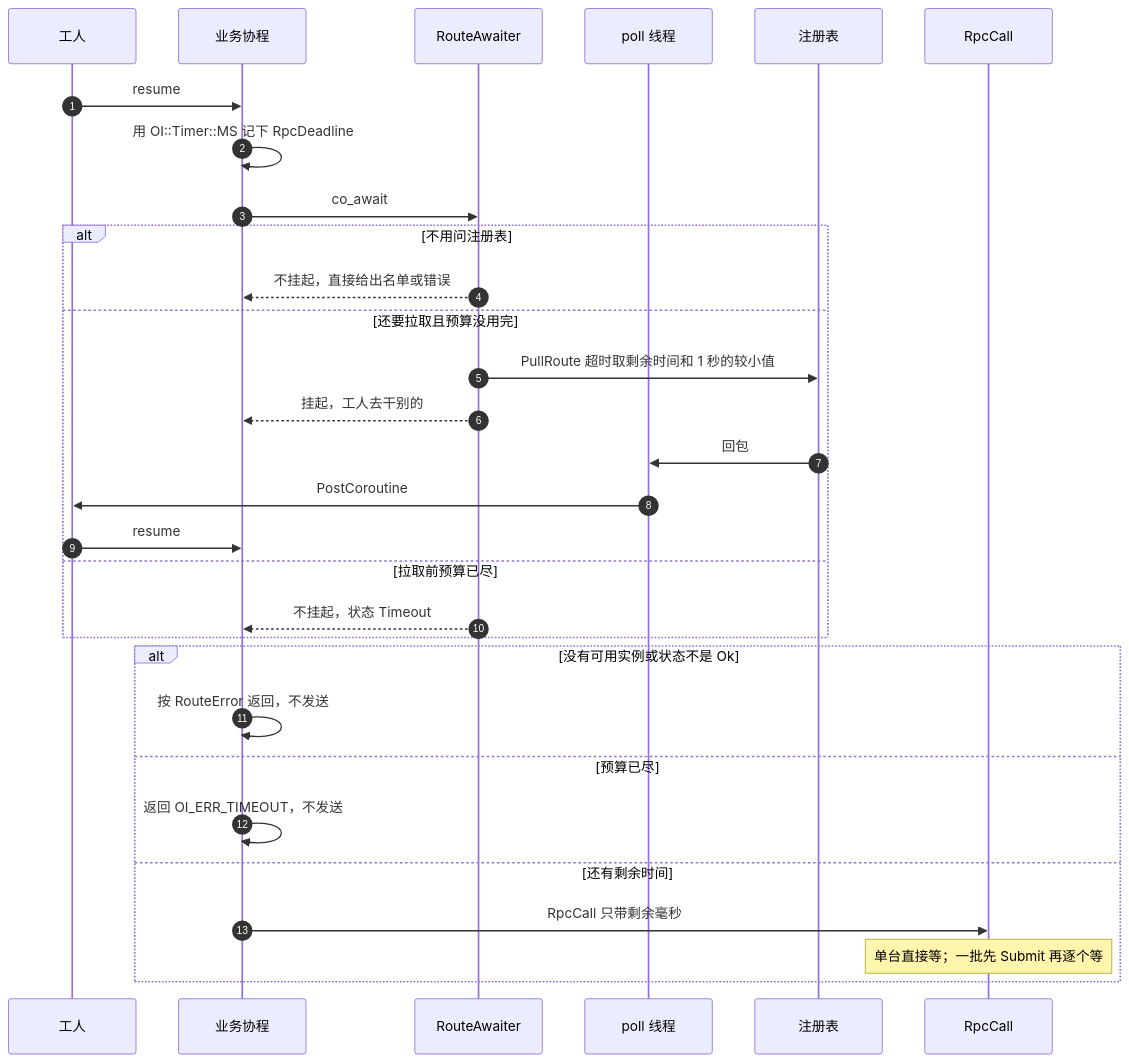
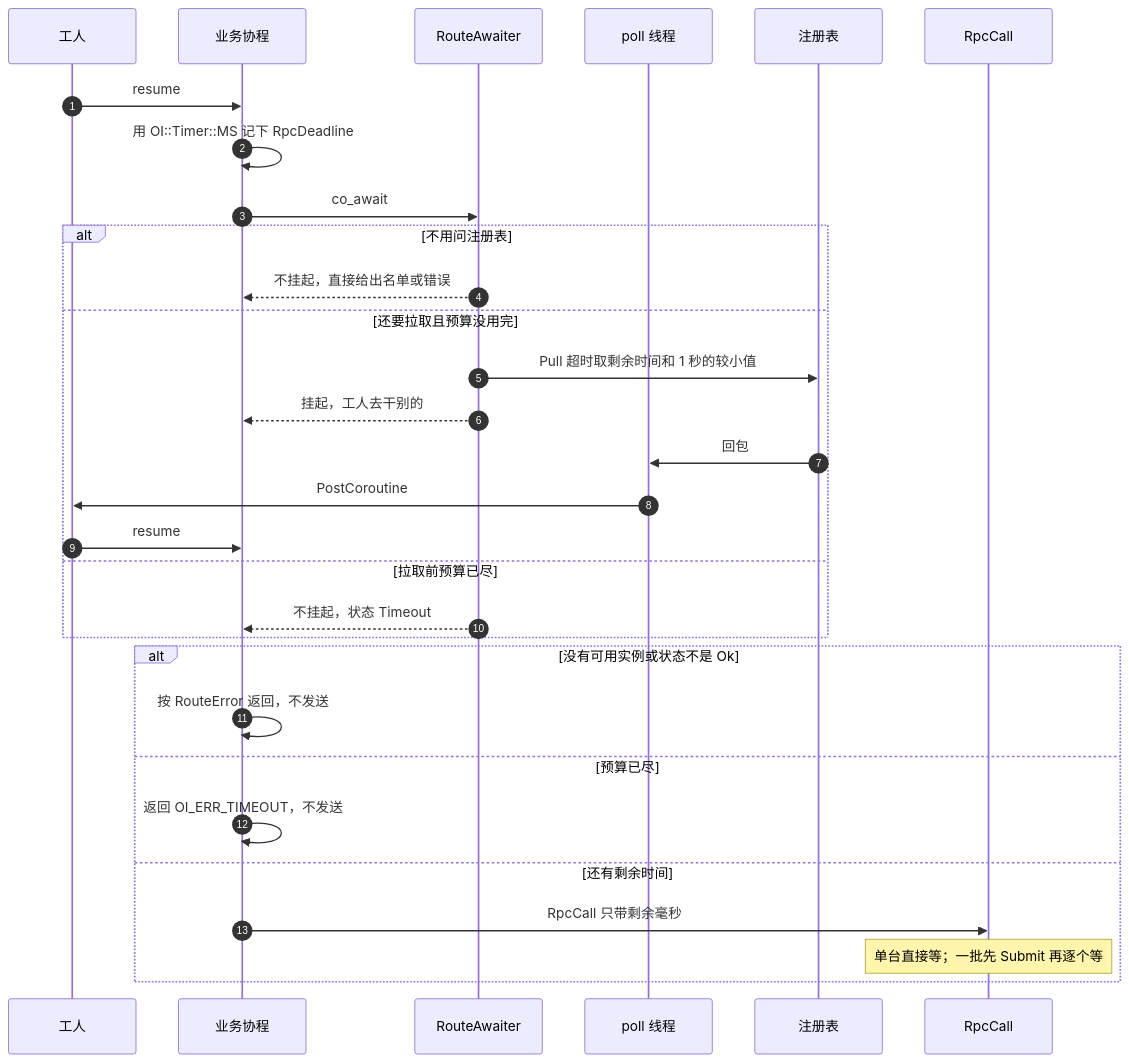
Before and after one commit to orikiaru/openidea: the diagram in docs/sequence-diagram/multi-thread/route.md, drawn with Mermaid. The commit also changed other lines of this file and 48 other files, not shown here.

````diff
--- a/docs/sequence-diagram/multi-thread/route.md
+++ b/docs/sequence-diagram/multi-thread/route.md
@@ -9,33 +9,33 @@
 ```mermaid
 sequenceDiagram
     autonumber
     participant Worker as 工人
     participant Biz as 业务协程
     participant Route as RouteAwaiter
     participant Poll as poll 线程
     participant Reg as 注册表
     participant Call as RpcCall
 
     Worker->>Biz: resume
     Biz->>Biz: 用 OI::Timer::MS 记下 RpcDeadline
     Biz->>Route: co_await
     alt 不用问注册表
         Route-->>Biz: 不挂起，直接给出名单或错误
     else 还要拉取且预算没用完
-        Route->>Reg: PullRoute 超时取剩余时间和 1 秒的较小值
+        Route->>Reg: Pull 超时取剩余时间和 1 秒的较小值
         Route-->>Biz: 挂起，工人去干别的
         Reg->>Poll: 回包
         Poll->>Worker: PostCoroutine
         Worker->>Biz: resume
     else 拉取前预算已尽
         Route-->>Biz: 不挂起，状态 Timeout
     end
     alt 没有可用实例或状态不是 Ok
         Biz->>Biz: 按 RouteError 返回，不发送
     else 预算已尽
         Biz->>Biz: 返回 OI_ERR_TIMEOUT，不发送
     else 还有剩余时间
         Biz->>Call: RpcCall 只带剩余毫秒
         Note over Call: 单台直接等；一批先 Submit 再逐个等
     end
 ```
````
